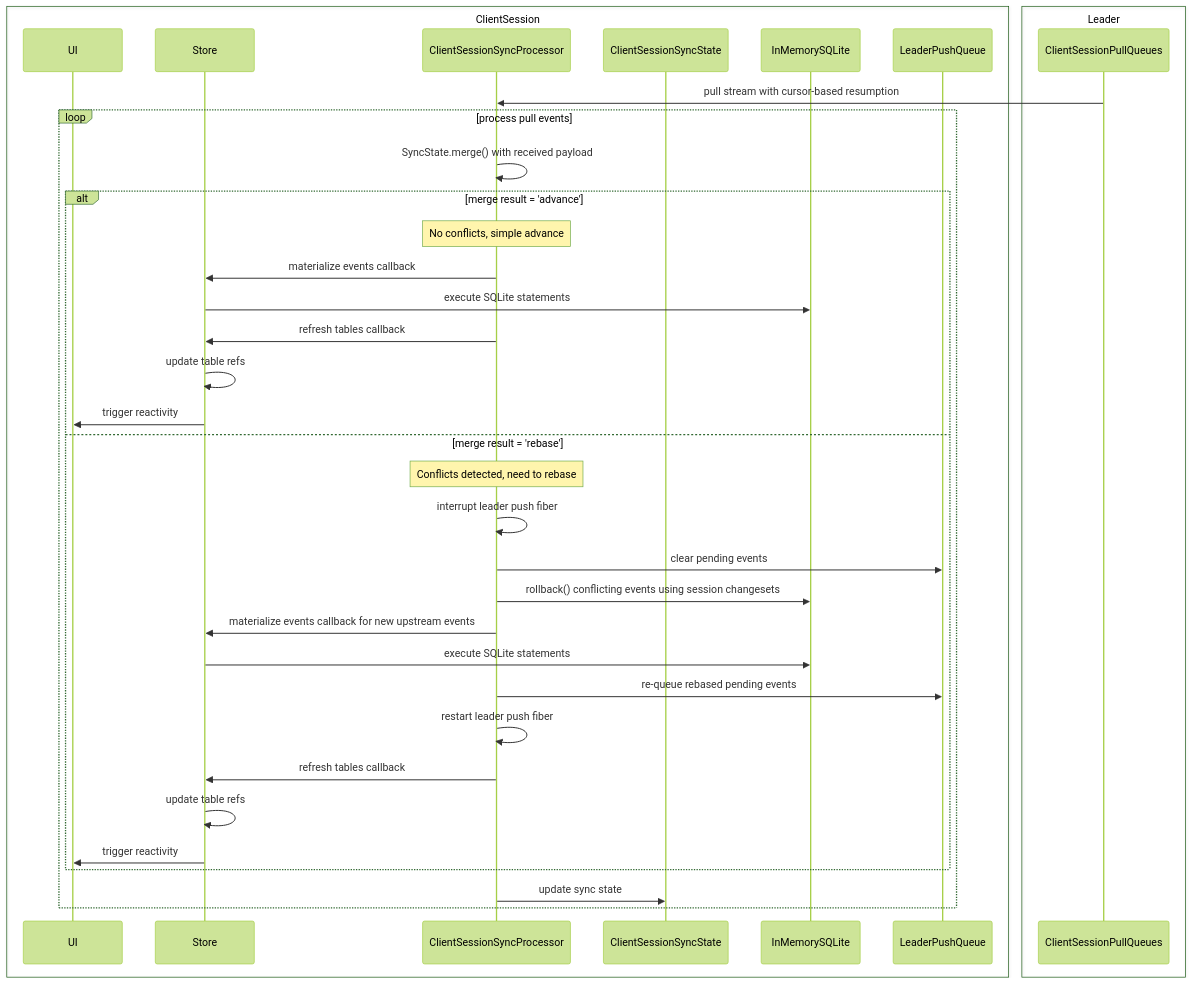
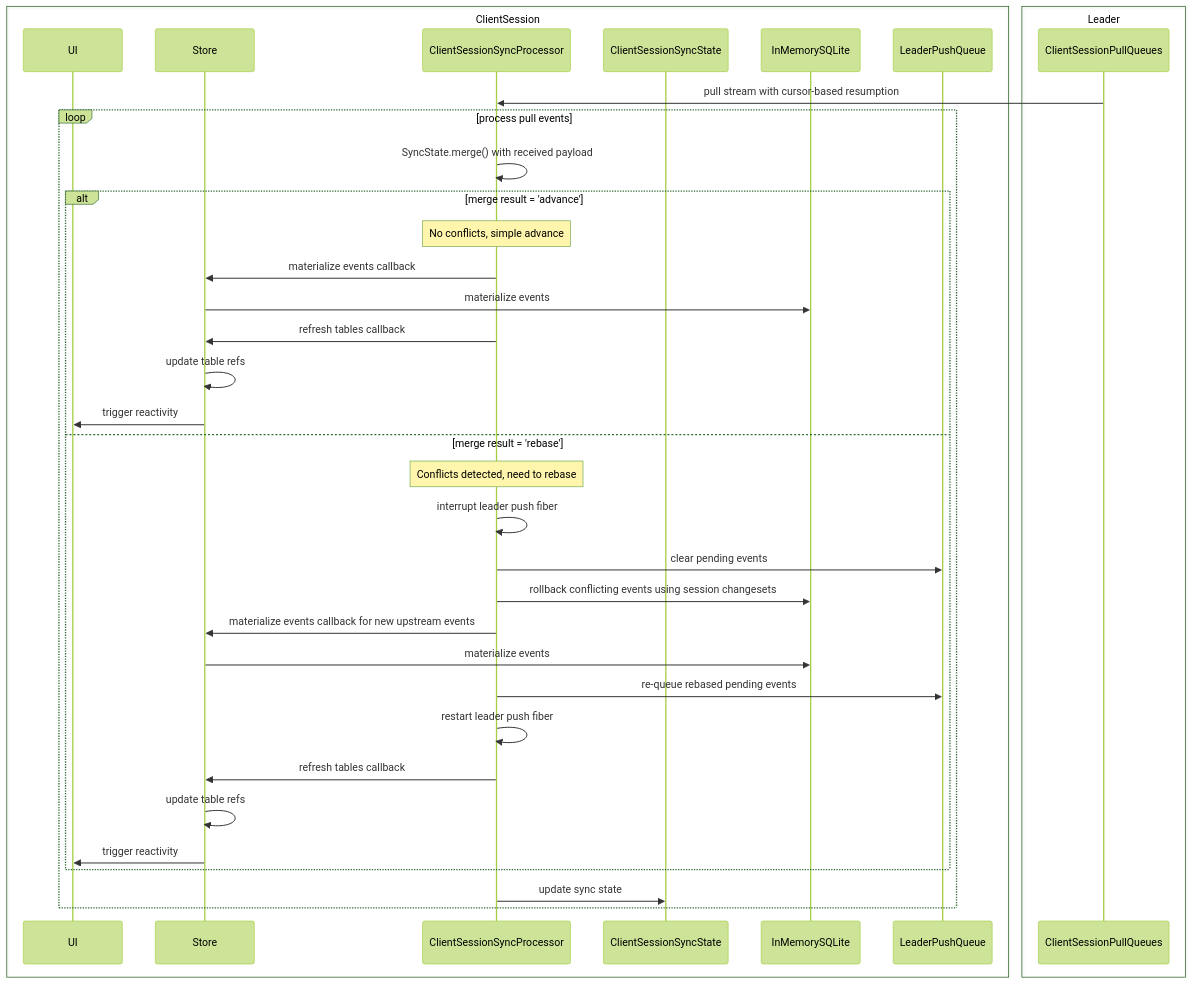
One commit to livestorejs/livestore changed the diagram in docs/src/content/docs/reference/syncing/diagrams/client-session-pull.mermaid. Above: the diagram before and after it, drawn with Mermaid (forest theme). The commit also changed 1 other file, not shown here.

Commit message:
docs(reference): syncing sequence diagrams

```diff
--- a/docs/src/content/docs/reference/syncing/diagrams/client-session-pull.mermaid
+++ b/docs/src/content/docs/reference/syncing/diagrams/client-session-pull.mermaid
@@ -1,50 +1,50 @@
 sequenceDiagram
     box ClientSession
         participant UI
         participant Store
         participant CSSP as ClientSessionSyncProcessor
         participant ClientSessionSyncState
         participant InMemorySQLite
         participant LeaderPushQueue
     end
     box Leader
         participant ClientSessionPullQueues
     end
 
 
     ClientSessionPullQueues->>CSSP: pull stream with cursor-based resumption
 
     loop process pull events
         CSSP->>CSSP: SyncState.merge() with received payload
 
         alt merge result = 'advance'
             Note over CSSP: No conflicts, simple advance
             CSSP->>Store: materialize events callback
-            Store->>InMemorySQLite: execute SQLite statements
+            Store->>InMemorySQLite: materialize events
 
             CSSP->>Store: refresh tables callback
             Store->>Store: update table refs
             Store->>UI: trigger reactivity
 
         else merge result = 'rebase'
             Note over CSSP: Conflicts detected, need to rebase
 
             CSSP->>CSSP: interrupt leader push fiber
             CSSP->>LeaderPushQueue: clear pending events
 
-            CSSP->>InMemorySQLite: rollback() conflicting events using session changesets
+            CSSP->>InMemorySQLite: rollback conflicting events using session changesets
 
             CSSP->>Store: materialize events callback for new upstream events
-            Store->>InMemorySQLite: execute SQLite statements
+            Store->>InMemorySQLite: materialize events
 
             CSSP->>LeaderPushQueue: re-queue rebased pending events
             CSSP->>CSSP: restart leader push fiber
 
             CSSP->>Store: refresh tables callback
             Store->>Store: update table refs
             Store->>UI: trigger reactivity
         end
 
         %% Update sync state
         CSSP->>ClientSessionSyncState: update sync state
     end
```
